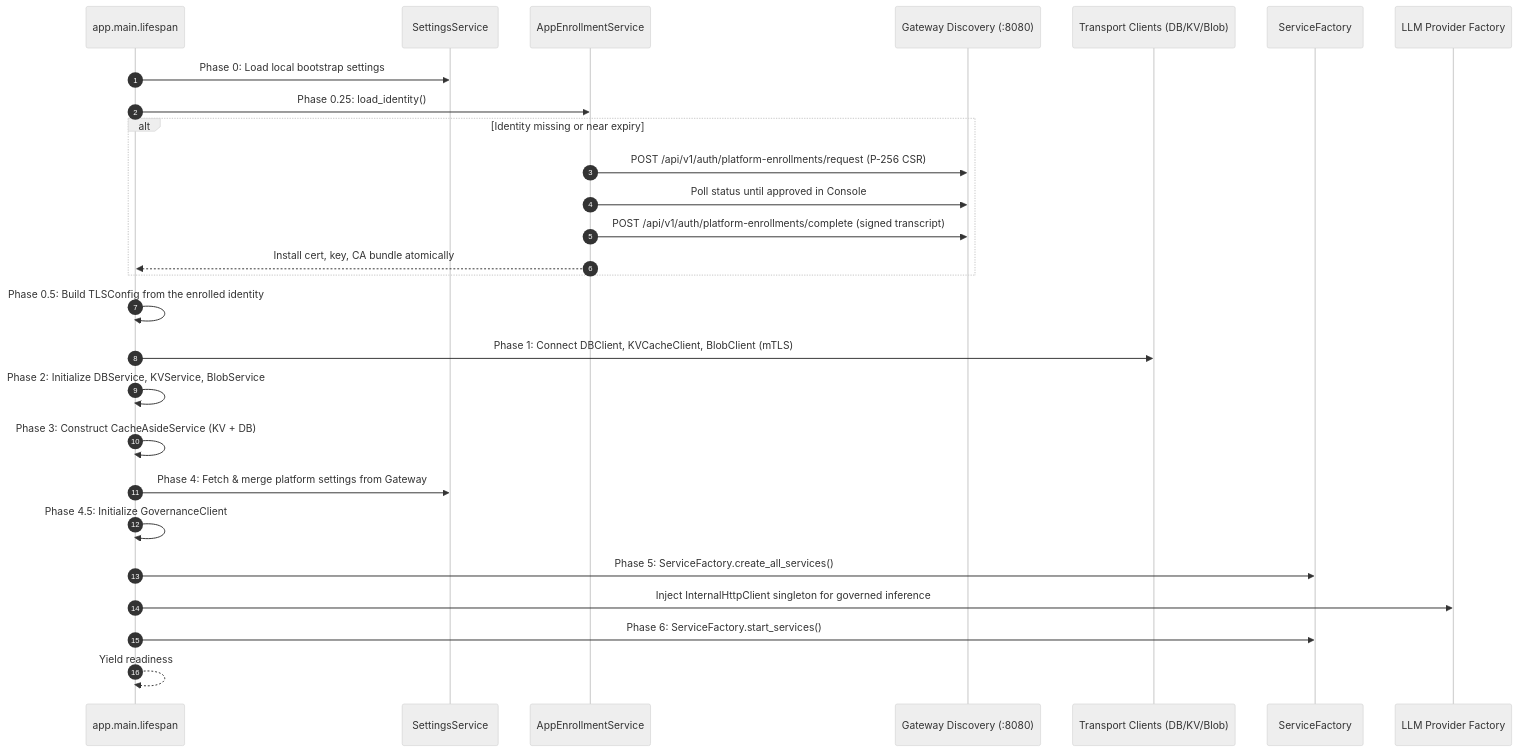
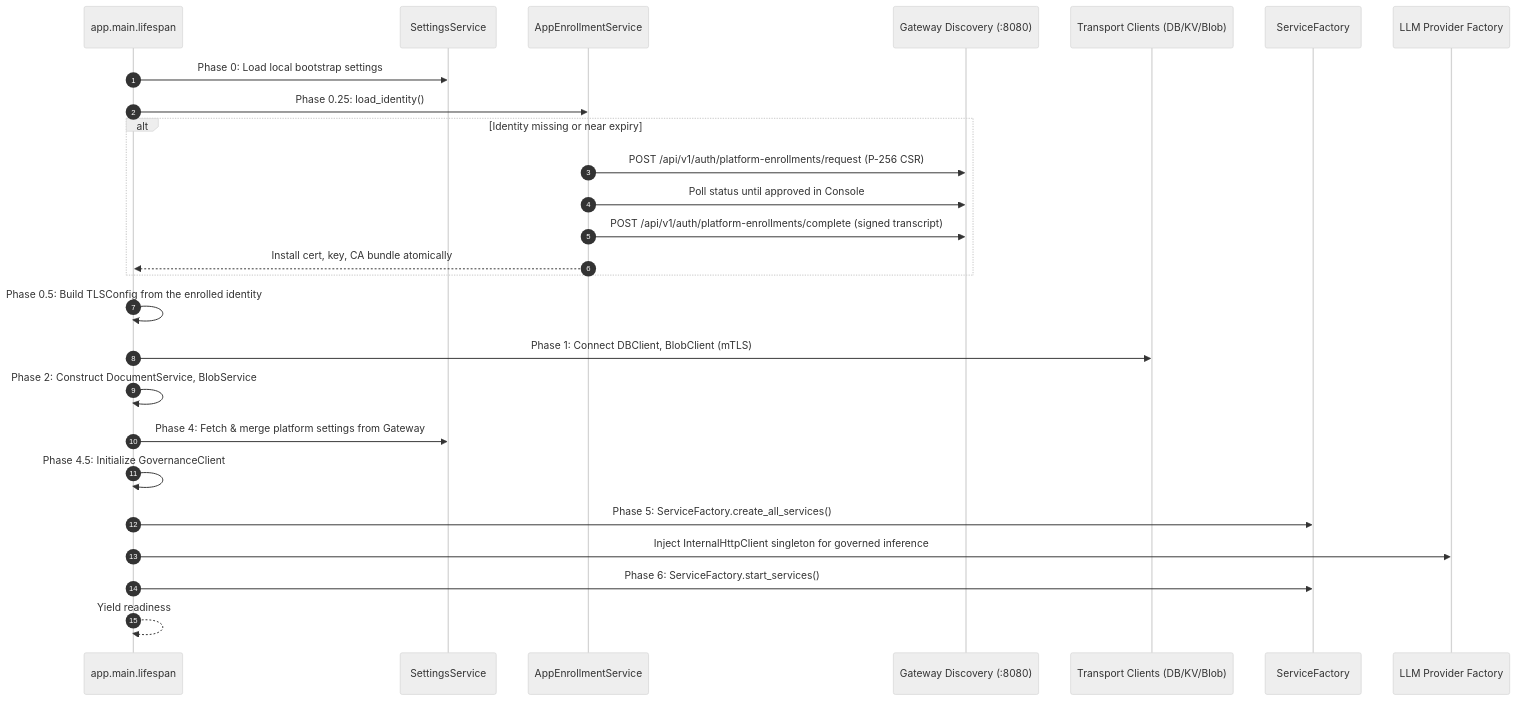
One commit to g8e-ai/g8e changed the first of 6 diagrams in docs/architecture/ensemble.md. Above: the diagram before and after it, drawn with Mermaid (neutral theme). The commit also changed other lines of this file and 25 other files, not shown here.

````diff
--- a/docs/architecture/ensemble.md
+++ b/docs/architecture/ensemble.md
@@ -188,30 +188,29 @@
 ```mermaid
 sequenceDiagram
     autonumber
     participant Main as app.main.lifespan
     participant Settings as SettingsService
     participant Enroll as AppEnrollmentService
     participant GW as Gateway Discovery (:8080)
     participant Clients as Transport Clients (DB/KV/Blob)
     participant Factory as ServiceFactory
     participant LLM as LLM Provider Factory
 
     Main->>Settings: Phase 0: Load local bootstrap settings
     Main->>Enroll: Phase 0.25: load_identity()
     alt Identity missing or near expiry
         Enroll->>GW: POST /api/v1/auth/platform-enrollments/request (P-256 CSR)
         Enroll->>GW: Poll status until approved in Console
         Enroll->>GW: POST /api/v1/auth/platform-enrollments/complete (signed transcript)
         Enroll-->>Main: Install cert, key, CA bundle atomically
     end
     Main->>Main: Phase 0.5: Build TLSConfig from the enrolled identity
-    Main->>Clients: Phase 1: Connect DBClient, KVCacheClient, BlobClient (mTLS)
-    Main->>Main: Phase 2: Initialize DBService, KVService, BlobService
-    Main->>Main: Phase 3: Construct CacheAsideService (KV + DB)
+    Main->>Clients: Phase 1: Connect DBClient, BlobClient (mTLS)
+    Main->>Main: Phase 2: Construct DocumentService, BlobService
     Main->>Settings: Phase 4: Fetch & merge platform settings from Gateway
     Main->>Main: Phase 4.5: Initialize GovernanceClient
     Main->>Factory: Phase 5: ServiceFactory.create_all_services()
     Main->>LLM: Inject InternalHttpClient singleton for governed inference
     Main->>Factory: Phase 6: ServiceFactory.start_services()
     Main-->>Main: Yield readiness
 ```
````
